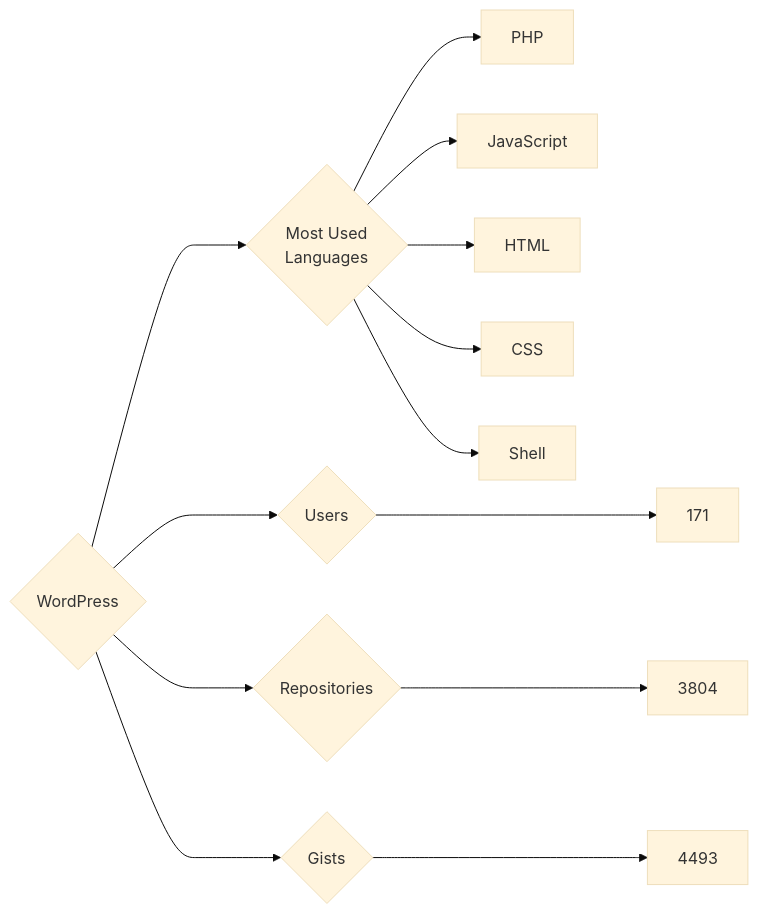
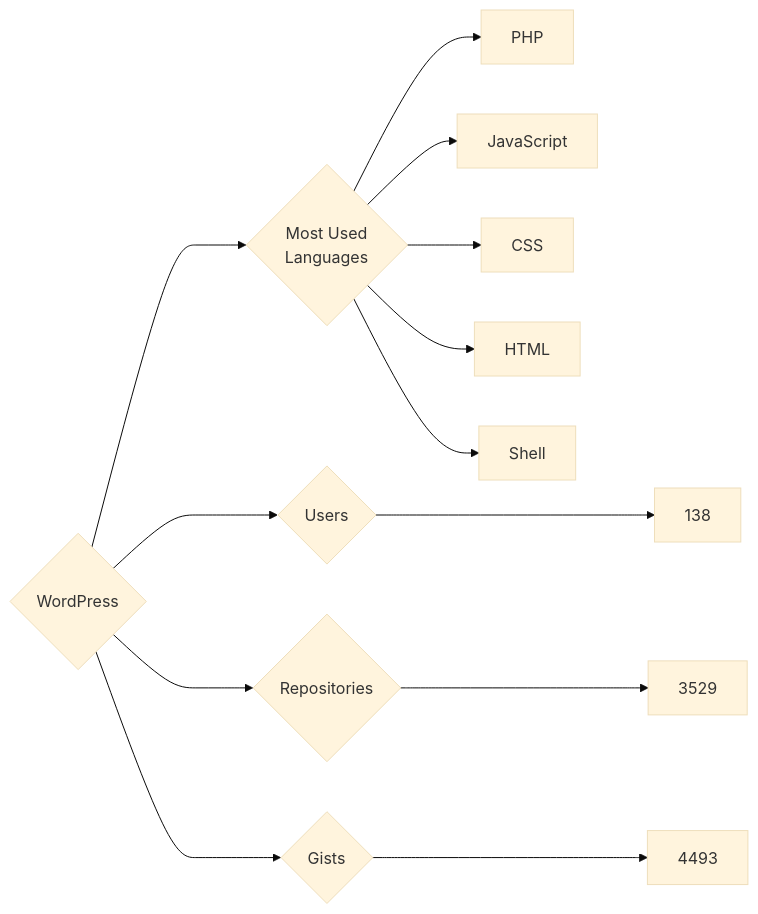
Before and after one commit to trickest/insiders: the diagram in targets/WordPress/README.md, drawn with Mermaid (base theme). The commit also changed 681 other files, not shown here.

````diff
--- a/targets/WordPress/README.md
+++ b/targets/WordPress/README.md
@@ -3,13 +3,13 @@
 ```mermaid
 graph LR
 COMPANY_NAME{WordPress}
-COMPANY_NAME ---> U{Users} ---> UN[171]
-COMPANY_NAME ---> R{Repositories} ---> RN[3804]
+COMPANY_NAME ---> U{Users} ---> UN[138]
+COMPANY_NAME ---> R{Repositories} ---> RN[3529]
 COMPANY_NAME ---> G{Gists} ---> GN[4493]
 COMPANY_NAME ---> ML{Most Used<br>Languages}
 ML --> PHP[PHP]
 ML --> JavaScript[JavaScript]
+ML --> CSS[CSS]
 ML --> HTML[HTML]
-ML --> CSS[CSS]
 ML --> Shell[Shell]
 ```
````
